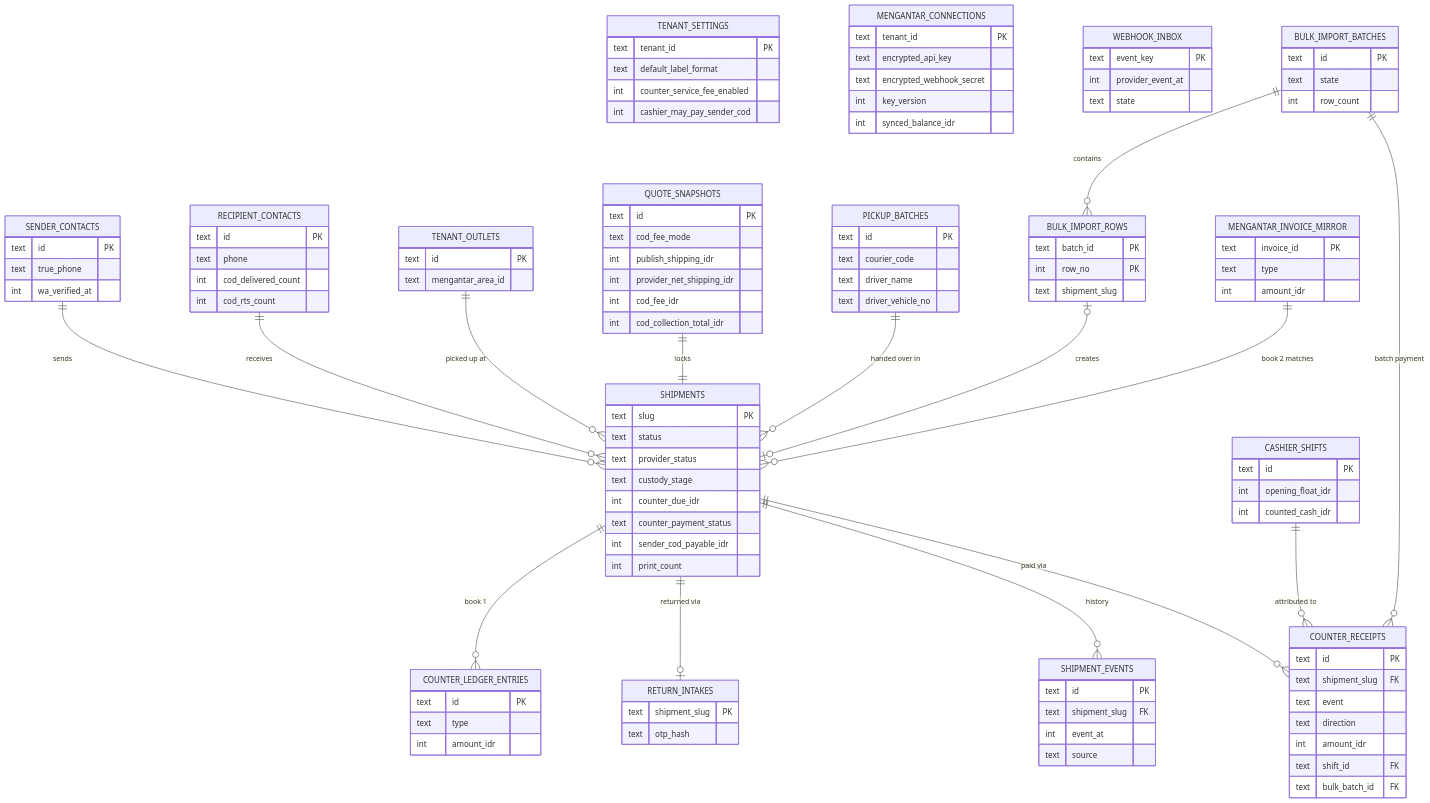
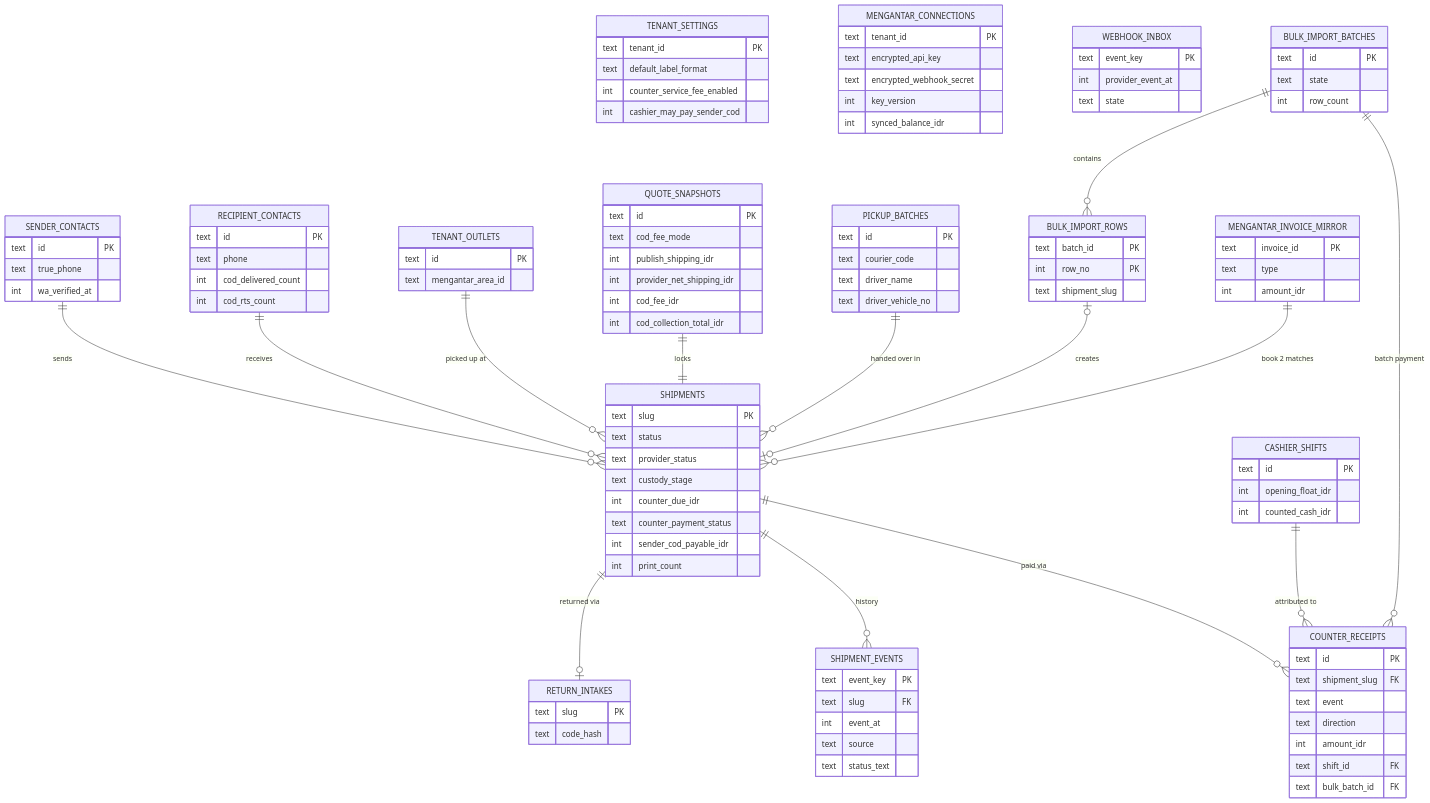
The fifth of 14 diagrams in docs/DIAGRAMS.md (ongkipro/geraiexpress-cfv2), drawn with Mermaid before and after one commit. The commit also changed other lines of this file and 45 other files, not shown here.

````diff
--- a/docs/DIAGRAMS.md
+++ b/docs/DIAGRAMS.md
@@ -277,10 +279,11 @@
         int print_count
     }
     SHIPMENT_EVENTS {
-        text id PK
-        text shipment_slug FK
+        text event_key PK
+        text slug FK
         int event_at
         text source
+        text status_text
     }
     WEBHOOK_INBOX {
         text event_key PK
@@ -308,8 +311,8 @@
         text driver_vehicle_no
     }
     RETURN_INTAKES {
-        text shipment_slug PK
-        text otp_hash
+        text slug PK
+        text code_hash
     }
     BULK_IMPORT_BATCHES {
         text id PK
@@ -320,11 +323,6 @@
         text batch_id PK
         int row_no PK
         text shipment_slug
-    }
-    COUNTER_LEDGER_ENTRIES {
-        text id PK
-        text type
-        int amount_idr
     }
     MENGANTAR_INVOICE_MIRROR {
         text invoice_id PK
@@ -343,6 +341,5 @@
     BULK_IMPORT_BATCHES ||--o{ BULK_IMPORT_ROWS : contains
     BULK_IMPORT_ROWS |o--o| SHIPMENTS : creates
     BULK_IMPORT_BATCHES ||--o{ COUNTER_RECEIPTS : "batch payment"
-    SHIPMENTS ||--o{ COUNTER_LEDGER_ENTRIES : "book 1"
     MENGANTAR_INVOICE_MIRROR ||--o{ SHIPMENTS : "book 2 matches"
 ```
````
